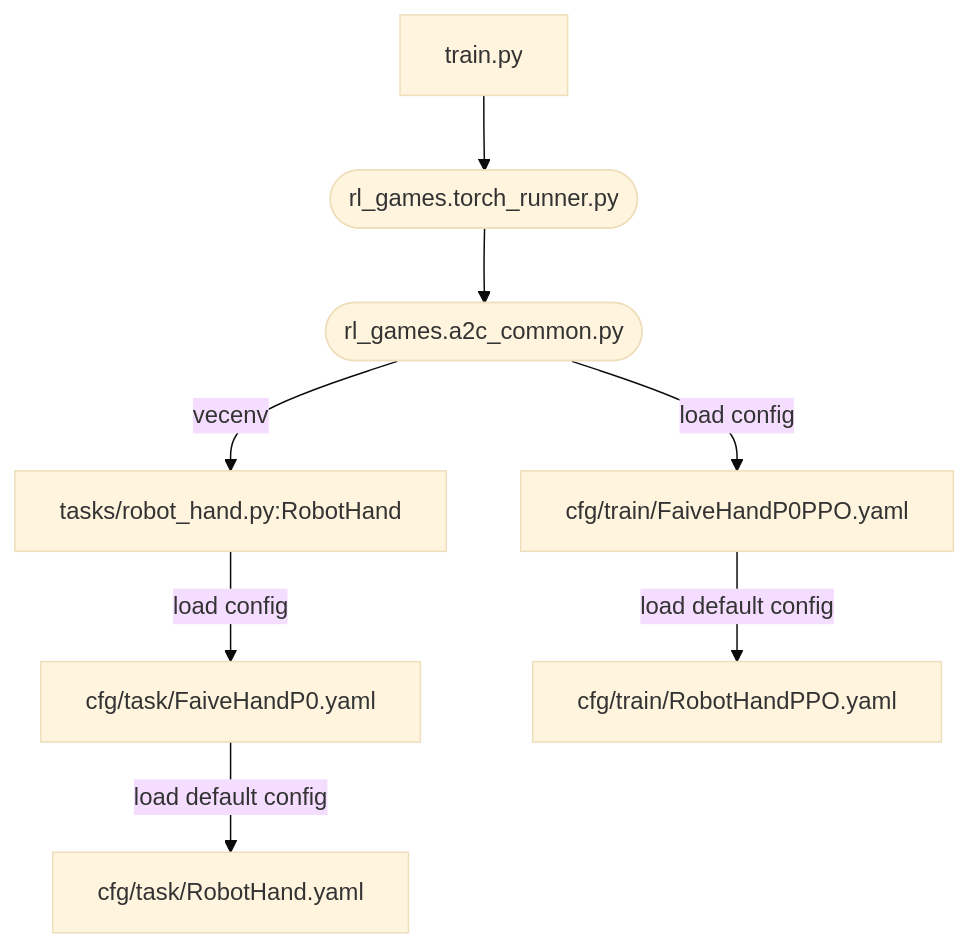
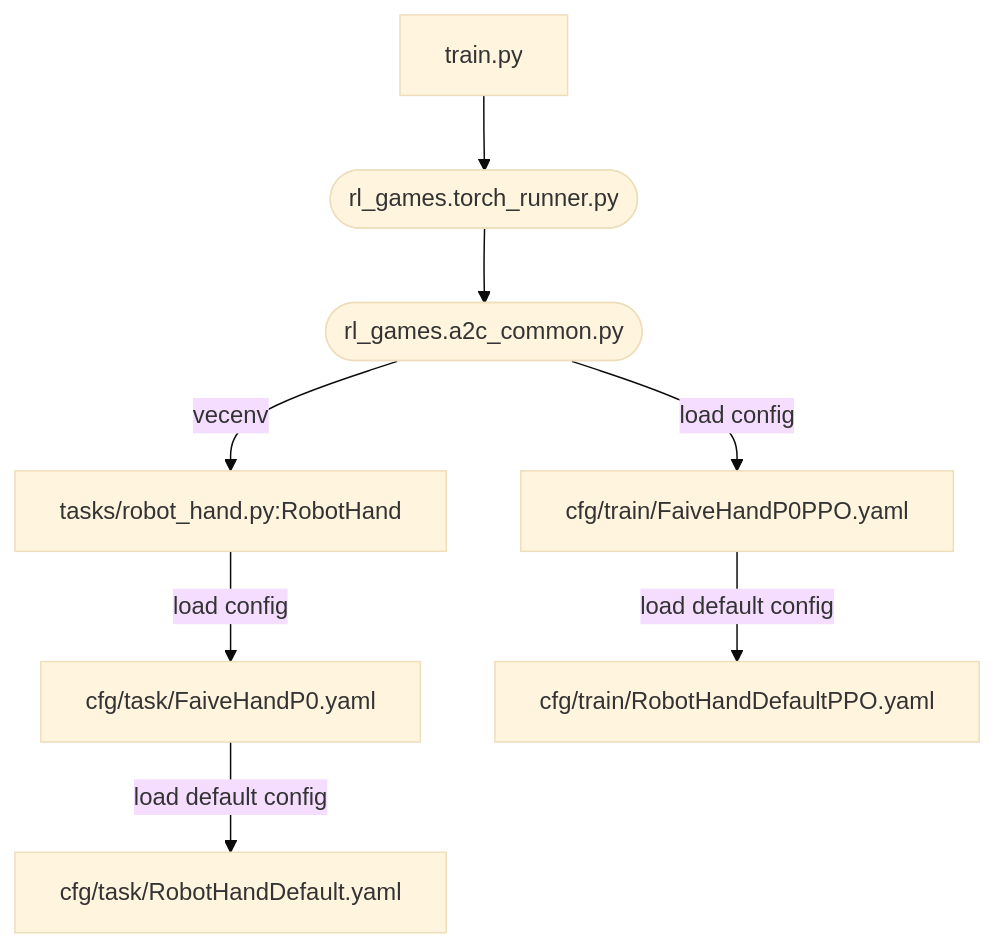
Before and after one commit to srl-ethz/faive_gym_oss: the diagram in README.md, drawn with Mermaid (base theme). The commit also changed other lines of this file, not shown here.

Commit message:
update references to faive_gym

````diff
--- a/README.md
+++ b/README.md
@@ -100,6 +100,6 @@
 ```mermaid
 flowchart
     train.py --> torch_runner([rl_games.torch_runner.py]) --> a2c_common([rl_games.a2c_common.py]) -- vecenv --> robot_hand[tasks/robot_hand.py:RobotHand]
-    robot_hand --load config--> cfg/task/FaiveHandP0.yaml --load default config--> cfg/task/RobotHand.yaml
-	a2c_common --load config--> cfg/train/FaiveHandP0PPO.yaml --load default config--> cfg/train/RobotHandPPO.yaml
+    robot_hand --load config--> cfg/task/FaiveHandP0.yaml --load default config--> cfg/task/RobotHandDefault.yaml
+	a2c_common --load config--> cfg/train/FaiveHandP0PPO.yaml --load default config--> cfg/train/RobotHandDefaultPPO.yaml
 ```
````
